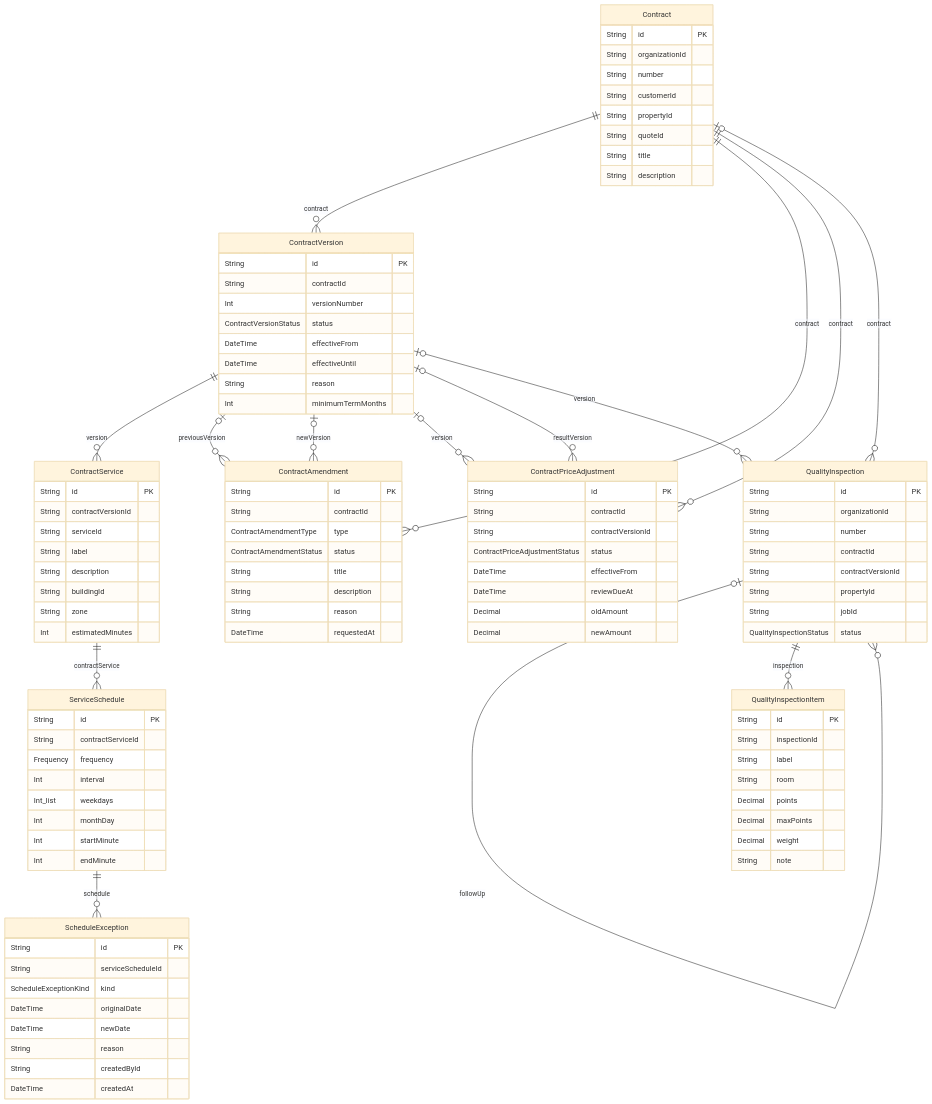
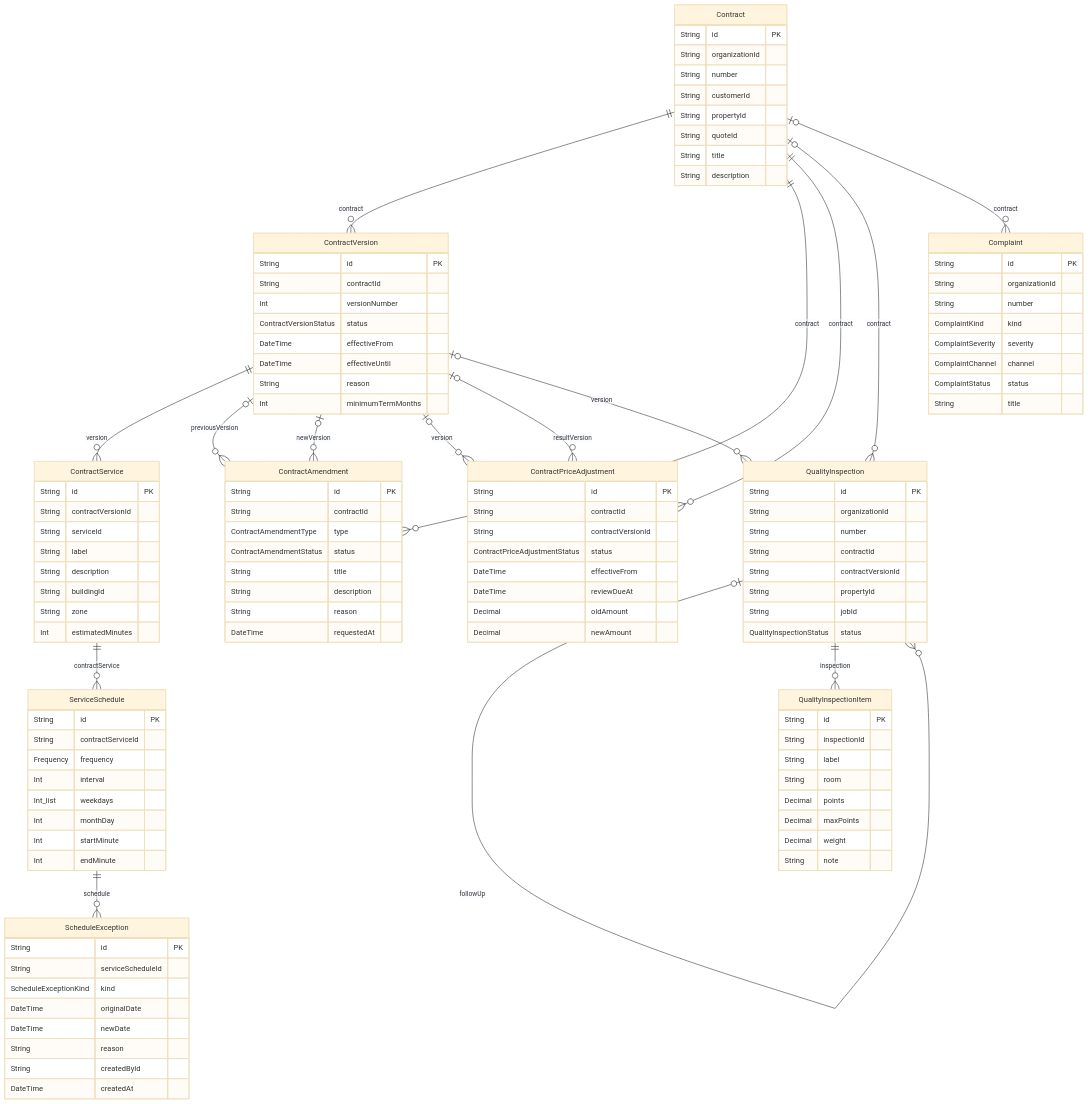
One commit to javadqasemi/Clenaris changed the eighth of 14 diagrams in docs/DATABASE.md. Above: the diagram before and after it, drawn with Mermaid (base theme). The commit also changed other lines of this file and 31 other files, not shown here.

````diff
--- a/docs/DATABASE.md
+++ b/docs/DATABASE.md
@@ -766,6 +815,16 @@
     Decimal weight
     String note
   }
+  Complaint {
+    String id PK
+    String organizationId
+    String number
+    ComplaintKind kind
+    ComplaintSeverity severity
+    ComplaintChannel channel
+    ComplaintStatus status
+    String title
+  }
   Contract ||--o{ ContractVersion : "contract"
   ContractVersion ||--o{ ContractService : "version"
   ContractService ||--o{ ServiceSchedule : "contractService"
@@ -781,4 +840,5 @@
   QualityInspection |o--|| QualityInspection : "followUpOf"
   QualityInspection |o--o{ QualityInspection : "followUp"
   QualityInspection ||--o{ QualityInspectionItem : "inspection"
+  Contract |o--o{ Complaint : "contract"
 ```
````
